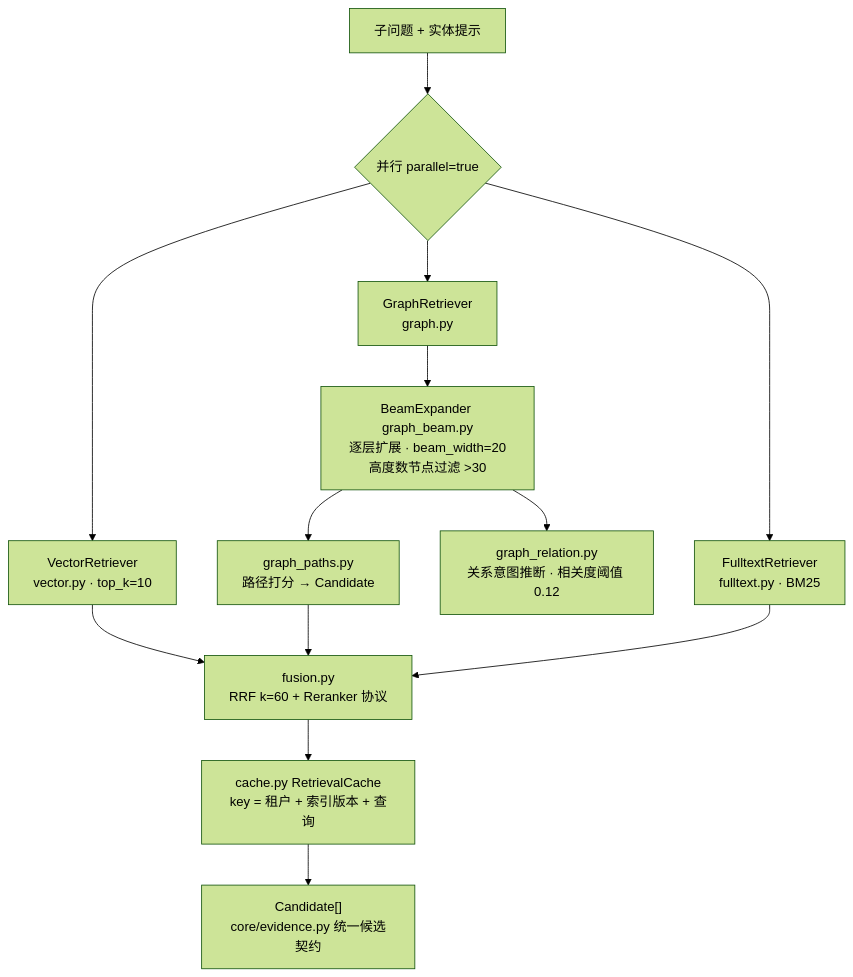
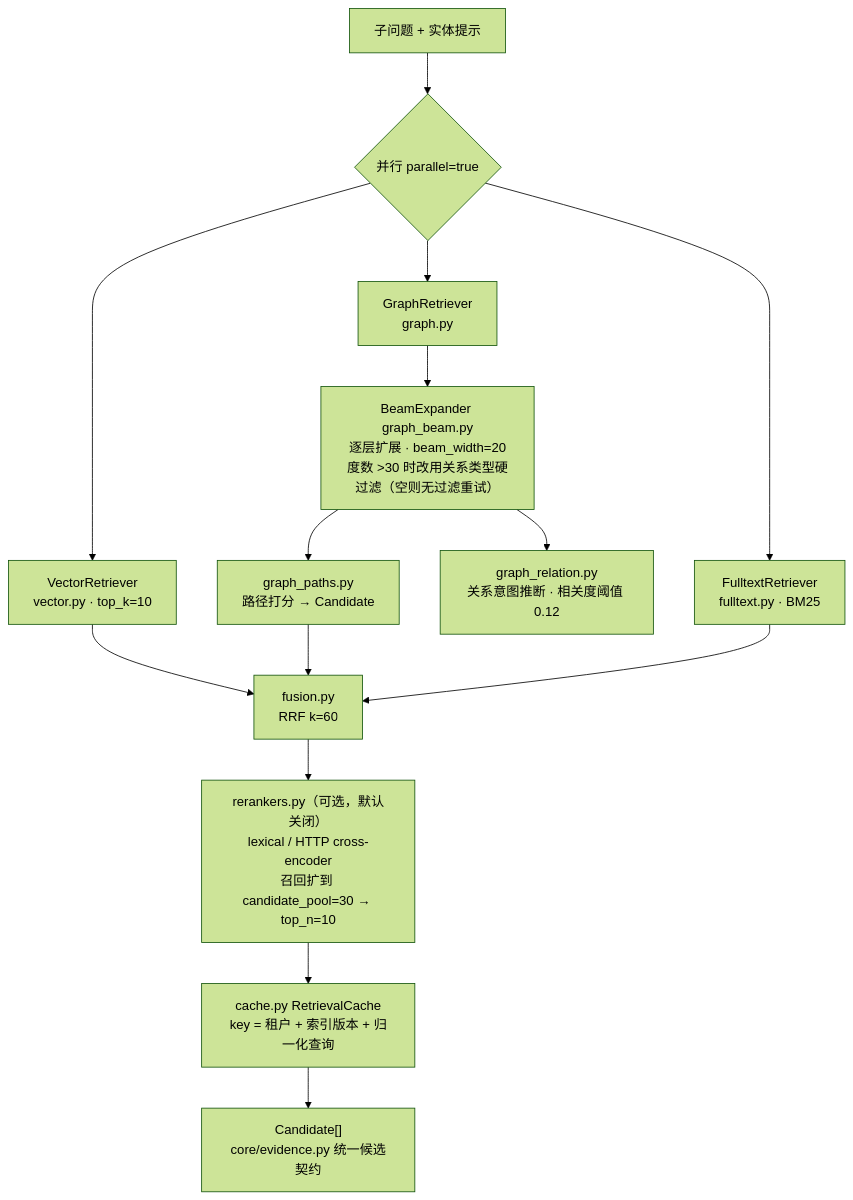
One commit to RightCloudhub/AG changed the sixth of 17 diagrams in docs/ARCHITECTURE.md. Above: the diagram before and after it, drawn with Mermaid (forest theme). The commit also changed other lines of this file and 46 other files, not shown here.

````diff
--- a/docs/ARCHITECTURE.md
+++ b/docs/ARCHITECTURE.md
@@ -180,15 +180,16 @@
 ```mermaid
 flowchart TD
     SQ["子问题 + 实体提示"] --> PAR{"并行 parallel=true"}
     PAR --> V["VectorRetriever<br/>vector.py · top_k=10"]
     PAR --> G["GraphRetriever<br/>graph.py"]
     PAR --> F["FulltextRetriever<br/>fulltext.py · BM25"]
-    G --> BEAM["BeamExpander graph_beam.py<br/>逐层扩展 · beam_width=20<br/>高度数节点过滤 >30"]
+    G --> BEAM["BeamExpander graph_beam.py<br/>逐层扩展 · beam_width=20<br/>度数 >30 时改用关系类型硬过滤（空则无过滤重试）"]
     BEAM --> REL["graph_relation.py<br/>关系意图推断 · 相关度阈值 0.12"]
     BEAM --> PATH["graph_paths.py<br/>路径打分 → Candidate"]
-    V --> FUS["fusion.py<br/>RRF k=60 + Reranker 协议"]
+    V --> FUS["fusion.py<br/>RRF k=60"]
+    FUS --> RR["rerankers.py（可选，默认关闭）<br/>lexical / HTTP cross-encoder<br/>召回扩到 candidate_pool=30 → top_n=10"]
     PATH --> FUS
     F --> FUS
-    FUS --> CACHE["cache.py RetrievalCache<br/>key = 租户 + 索引版本 + 查询"]
+    RR --> CACHE["cache.py RetrievalCache<br/>key = 租户 + 索引版本 + 归一化查询"]
     CACHE --> CAND["Candidate[]<br/>core/evidence.py 统一候选契约"]
 ```
````
